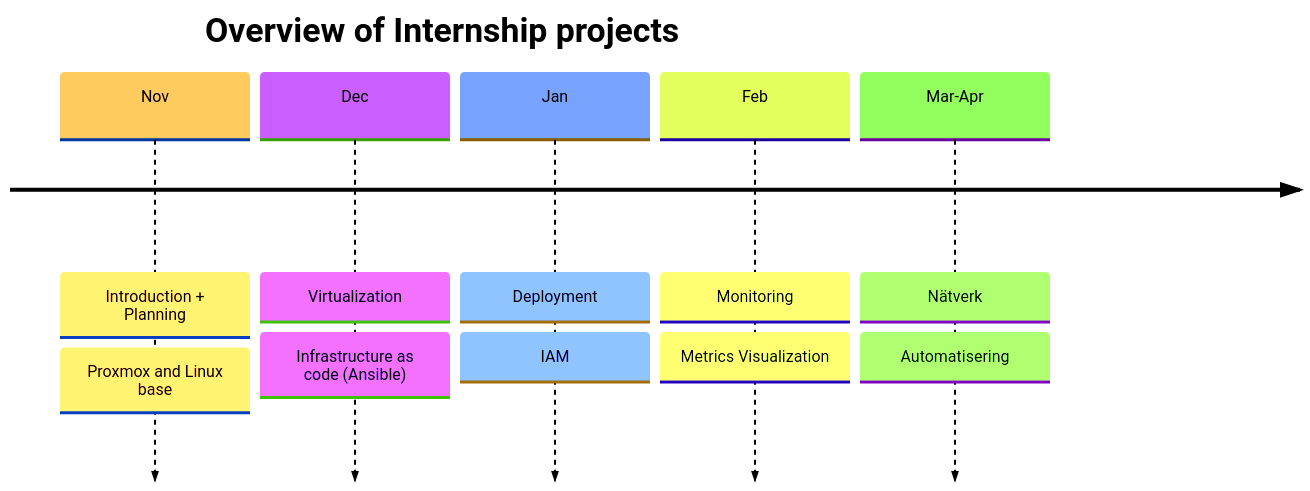
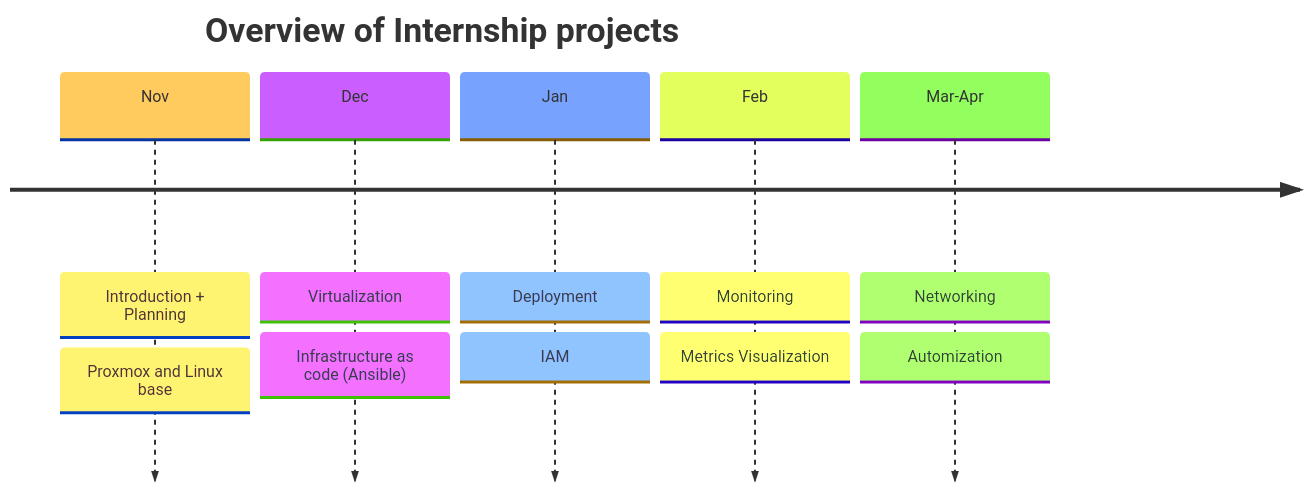
Before and after one commit to rafaelurrutiasilva/Proxmox_on_Nuc: the diagram in Extra/Mermaid/Projects.md, drawn with Mermaid. The commit also changed other lines of this file, not shown here.

Commit message:
Update project timeline and fix text formatting

````diff
--- a/Extra/Mermaid/Projects.md
+++ b/Extra/Mermaid/Projects.md
@@ -1,25 +1,14 @@
 ```mermaid
-%%{init: {
-    "theme": "base",
-    "themeVariables": {
-        "primaryTextColor": "#000000",
-        "secondaryTextColor": "#000000",
-        "tertiaryTextColor": "#000000",
-        "lineColor": "#000000",
-        "background": "#ffffff"
-    },
-    "themeCSS": ".mermaid svg { background-color: #ffffff !important; }"
-}}%%
-
+%%{init: { 'logLevel': 'debug', 'theme': 'base' } }%%
 timeline
     title Overview of Internship projects
     Nov : Introduction + Planning
         : Proxmox and Linux base
     Dec : Virtualization : Infrastructure as code (Ansible)
     Jan : Deployment
          : IAM
     Feb : Monitoring : Metrics Visualization
-    Mar-Apr : Nätverk
-        : Automatisering
+    Mar-Apr : Networking
+        : Automization
     
 ```
````
